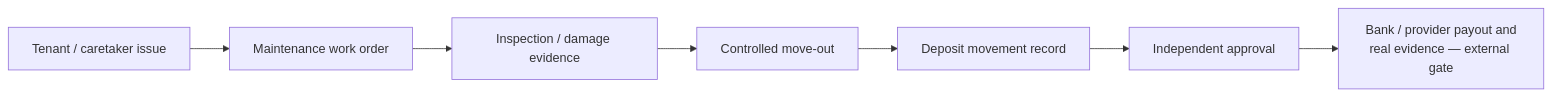
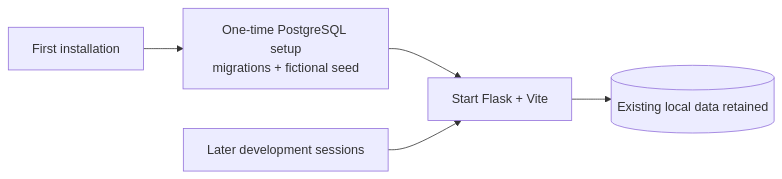
The third of 3 diagrams in README.md (PerezChris99/Kats-Property-Management), drawn with Mermaid before and after one commit. The commit also changed other lines of this file, not shown here.

Commit message:
docs(readme): concise project overview, verified stack, architecture and finance flows, developer onboarding and launch boundaries

```diff
--- a/README.md
+++ b/README.md
@@ -234,9 +80,7 @@
 ~~~mermaid
 flowchart LR
-    ISSUE["Tenant / caretaker issue"] --> WORK["Maintenance work order"]
-    WORK --> CHECK["Inspection / damage evidence"]
-    CHECK --> EXIT["Controlled move-out"]
-    EXIT --> HOLD["Deposit movement record"]
-    HOLD --> REVIEW["Independent approval"]
-    REVIEW --> BANK["Bank / provider payout and<br/>real evidence — external gate"]
+    FIRST["First installation"] --> SETUP["One-time PostgreSQL setup<br/>migrations + fictional seed"]
+    SETUP --> DEV["Start Flask + Vite"]
+    NEXT["Later development sessions"] --> DEV
+    DEV --> DATA[("Existing local data retained")]
 ~~~
```
